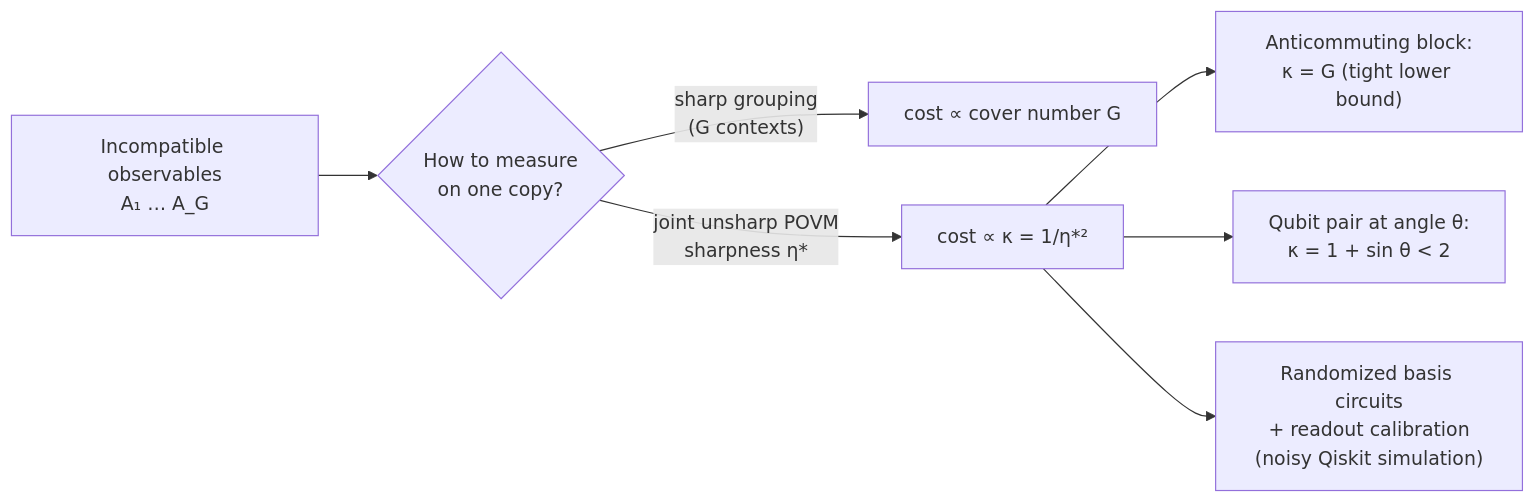
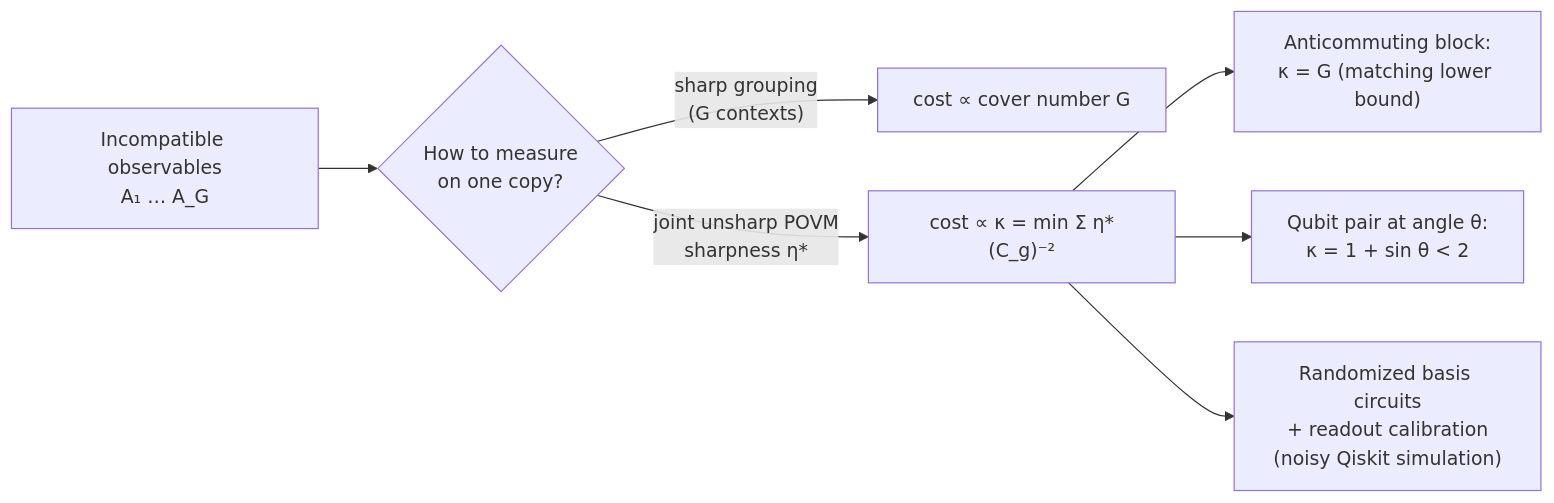
The diagram in README.md (ocatak/quantum-learning-copy-cost), drawn with Mermaid before and after one commit. The commit also changed other lines of this file and 3 other files, not shown here.

````diff
--- a/README.md
+++ b/README.md
@@ -48,9 +51,9 @@
 ```mermaid
 flowchart LR
     A["Incompatible observables<br/>A₁ … A_G"] --> B{"How to measure<br/>on one copy?"}
     B -->|"sharp grouping<br/>(G contexts)"| C["cost ∝ cover number G"]
-    B -->|"joint unsharp POVM<br/>sharpness η*"| D["cost ∝ κ = 1/η*²"]
-    D --> E["Anticommuting block:<br/>κ = G (tight lower bound)"]
+    B -->|"joint unsharp POVM<br/>sharpness η*"| D["cost ∝ κ = min Σ η*(C_g)⁻²"]
+    D --> E["Anticommuting block:<br/>κ = G (matching lower bound)"]
     D --> F["Qubit pair at angle θ:<br/>κ = 1 + sin θ &lt; 2"]
     D --> G["Randomized basis circuits<br/>+ readout calibration<br/>(noisy Qiskit simulation)"]
 ```
````
